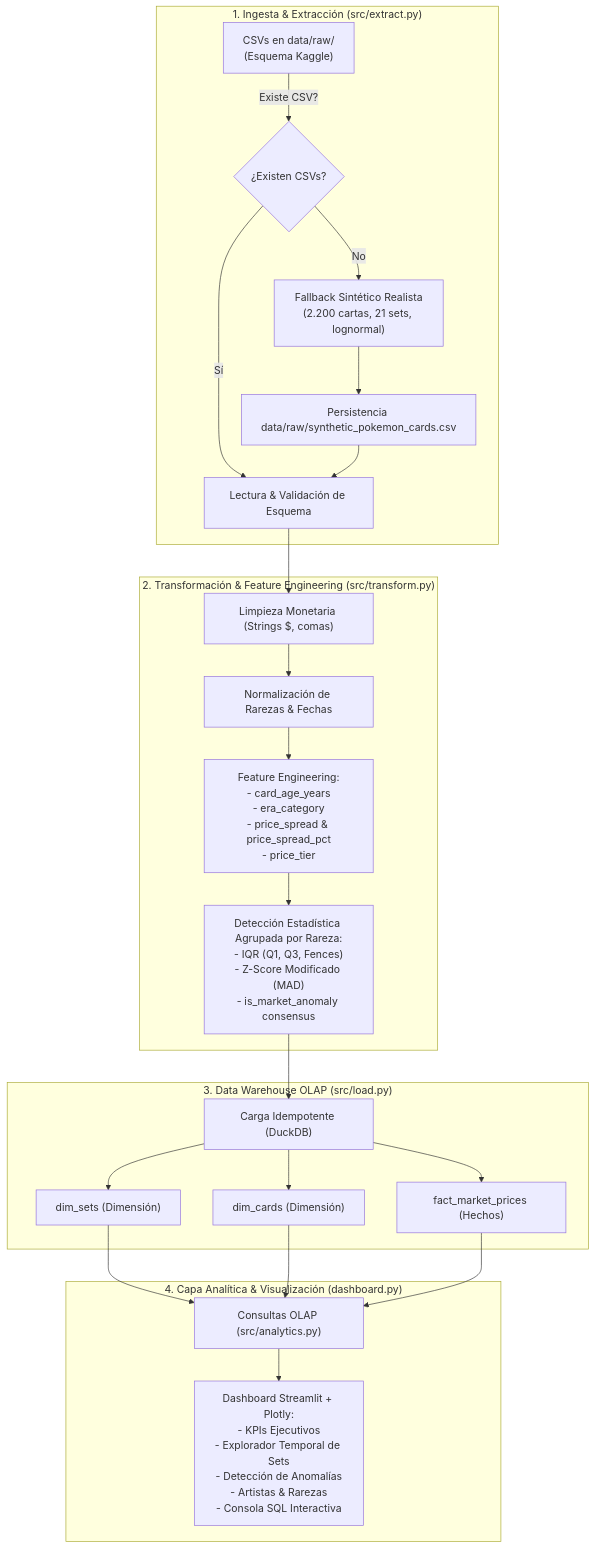
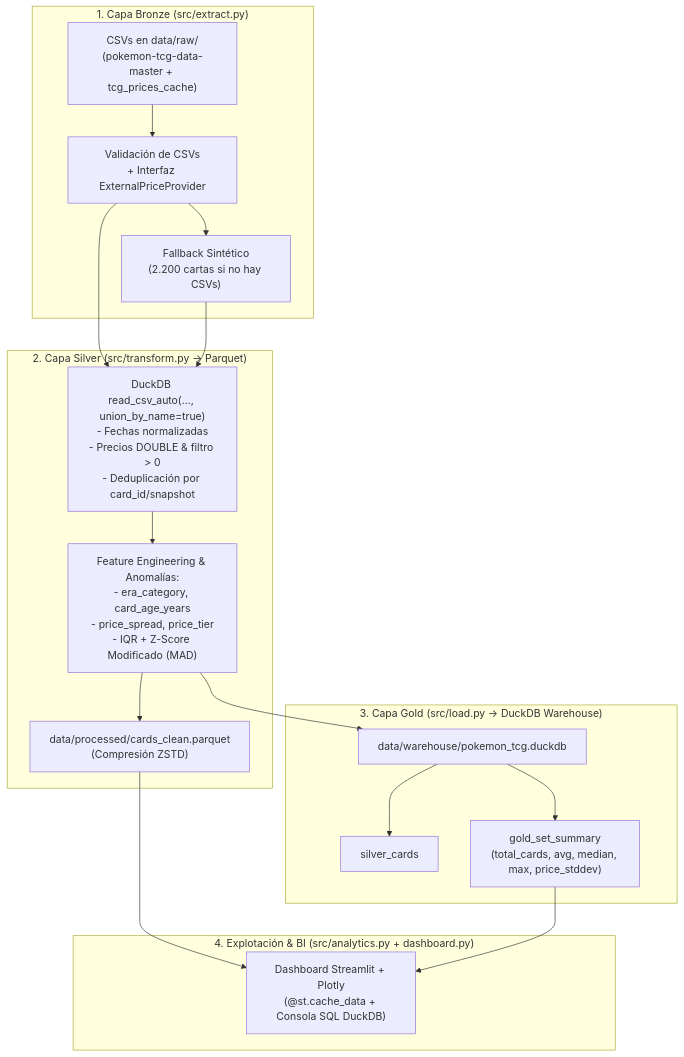
The diagram in README.md (DeliaNav/pokemon-tcg-etl-analytics), drawn with Mermaid before and after one commit. The commit also changed other lines of this file and 11 other files, not shown here.

Commit message:
feat: complete DuckDB OLAP pipeline, Parquet storage, and executive dashboard

````diff
--- a/README.md
+++ b/README.md
@@ -45,29 +15,23 @@
 ```mermaid
 flowchart TD
-    subgraph Ingesta ["1. Ingesta & Extracción (src/extract.py)"]
-        CSV["CSVs en data/raw/\n(Esquema Kaggle)"] -->|Existe CSV?| Check{"¿Existen CSVs?"}
-        Check -- Sí --> ReadCSV["Lectura & Validación de Esquema"]
-        Check -- No --> Synthetic["Fallback Sintético Realista\n(2.200 cartas, 21 sets, lognormal)"]
-        Synthetic --> Persist["Persistencia data/raw/synthetic_pokemon_cards.csv"]
-        Persist --> ReadCSV
+    subgraph Bronze ["1. Capa Bronze (src/extract.py)"]
+        Raw["CSVs en data/raw/\n(pokemon-tcg-data-master + tcg_prices_cache)"] --> Validate["Validación de CSVs\n+ Interfaz ExternalPriceProvider"]
+        Validate --> Fallback["Fallback Sintético\n(2.200 cartas si no hay CSVs)"]
     end
 
-    subgraph Transformacion ["2. Transformación & Feature Engineering (src/transform.py)"]
-        ReadCSV --> CleanMoney["Limpieza Monetaria (Strings $, comas)"]
-        CleanMoney --> NormRarity["Normalización de Rarezas & Fechas"]
-        NormRarity --> Features["Feature Engineering:\n- card_age_years\n- era_category\n- price_spread & price_spread_pct\n- price_tier"]
-        Features --> Stats["Detección Estadística Agrupada por Rareza:\n- IQR (Q1, Q3, Fences)\n- Z-Score Modificado (MAD)\n- is_market_anomaly consensus"]
+    subgraph Silver ["2. Capa Silver (src/transform.py -> Parquet)"]
+        Validate & Fallback --> DuckSilver["DuckDB read_csv_auto(..., union_by_name=true)\n- Fechas normalizadas\n- Precios DOUBLE & filtro > 0\n- Deduplicación por card_id/snapshot"]
+        DuckSilver --> Features["Feature Engineering & Anomalías:\n- era_category, card_age_years\n- price_spread, price_tier\n- IQR + Z-Score Modificado (MAD)"]
+        Features --> Parquet["data/processed/cards_clean.parquet\n(Compresión ZSTD)"]
     end
 
-    subgraph Carga ["3. Data Warehouse OLAP (src/load.py)"]
-        Stats --> DuckDBLoad["Carga Idempotente (DuckDB)"]
-        DuckDBLoad --> DimSets["dim_sets (Dimensión)"]
-        DuckDBLoad --> DimCards["dim_cards (Dimensión)"]
-        DuckDBLoad --> FactPrices["fact_market_prices (Hechos)"]
+    subgraph Gold ["3. Capa Gold (src/load.py -> DuckDB Warehouse)"]
+        Features --> Warehouse["data/warehouse/pokemon_tcg.duckdb"]
+        Warehouse --> SilverTable["silver_cards"]
+        Warehouse --> GoldTable["gold_set_summary\n(total_cards, avg, median, max, price_stddev)"]
     end
 
-    subgraph Explotacion ["4. Capa Analítica & Visualización (dashboard.py)"]
-        DimSets & DimCards & FactPrices --> AnalyticsSQL["Consultas OLAP (src/analytics.py)"]
-        AnalyticsSQL --> UI["Dashboard Streamlit + Plotly:\n- KPIs Ejecutivos\n- Explorador Temporal de Sets\n- Detección de Anomalías\n- Artistas & Rarezas\n- Consola SQL Interactiva"]
+    subgraph Analytics ["4. Explotación & BI (src/analytics.py + dashboard.py)"]
+        Parquet & GoldTable --> Dashboard["Dashboard Streamlit + Plotly\n(@st.cache_data + Consola SQL DuckDB)"]
     end
 ```
````
